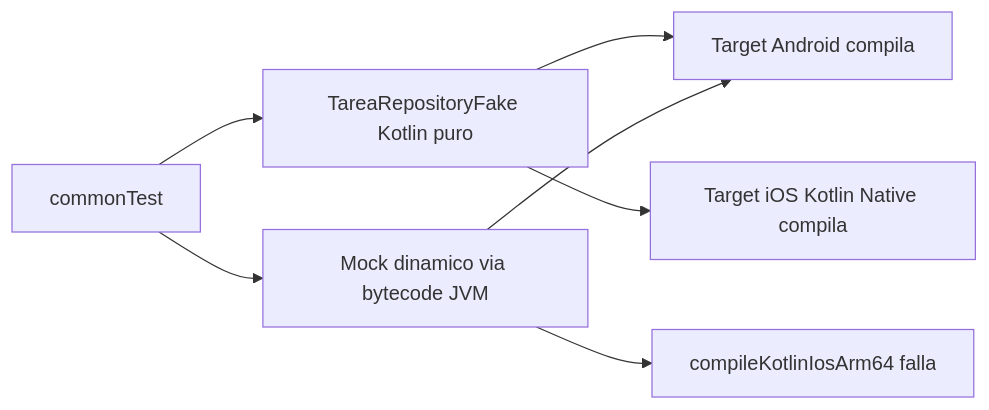
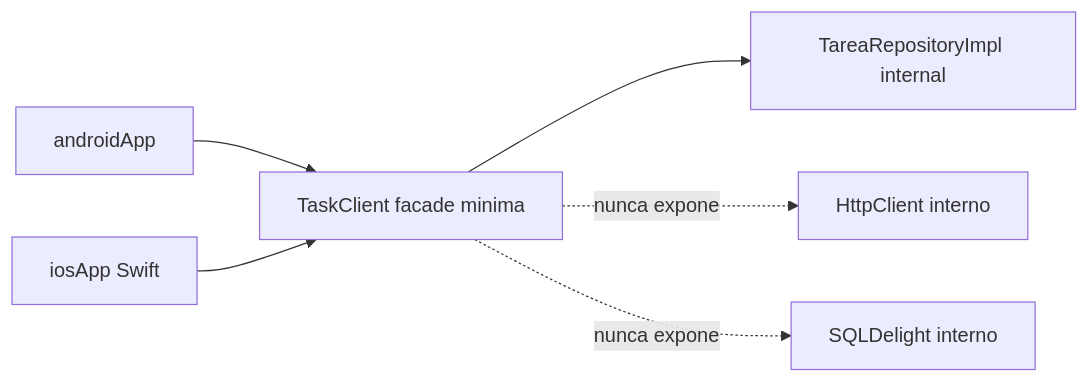
Before and after one commit to NICORUIZ93/The_Imperial_Book: the first of 7 diagrams in web/public/content/kotlin-multiplatform/modulo-9.md, drawn with Mermaid. The commit also changed other lines of this file and 305 other files, not shown here.

````diff
--- a/web/public/content/kotlin-multiplatform/modulo-9.md
+++ b/web/public/content/kotlin-multiplatform/modulo-9.md
@@ -68,9 +18,8 @@
 ```mermaid
 flowchart LR
-    CT[commonTest] --> Fake[TareaRepositoryFake Kotlin puro]
-    CT --> Mock[Mock dinamico via bytecode JVM]
-    Fake --> AND[Target Android compila]
-    Fake --> IOS[Target iOS Kotlin Native compila]
-    Mock --> AND
-    Mock --> FAIL[compileKotlinIosArm64 falla]
+    Android[androidApp] --> Facade[TaskClient facade minima]
+    IOS[iosApp Swift] --> Facade
+    Facade --> Repo[TareaRepositoryImpl internal]
+    Facade -.nunca expone.-> Ktor[HttpClient interno]
+    Facade -.nunca expone.-> SQL[SQLDelight interno]
 ```
````
